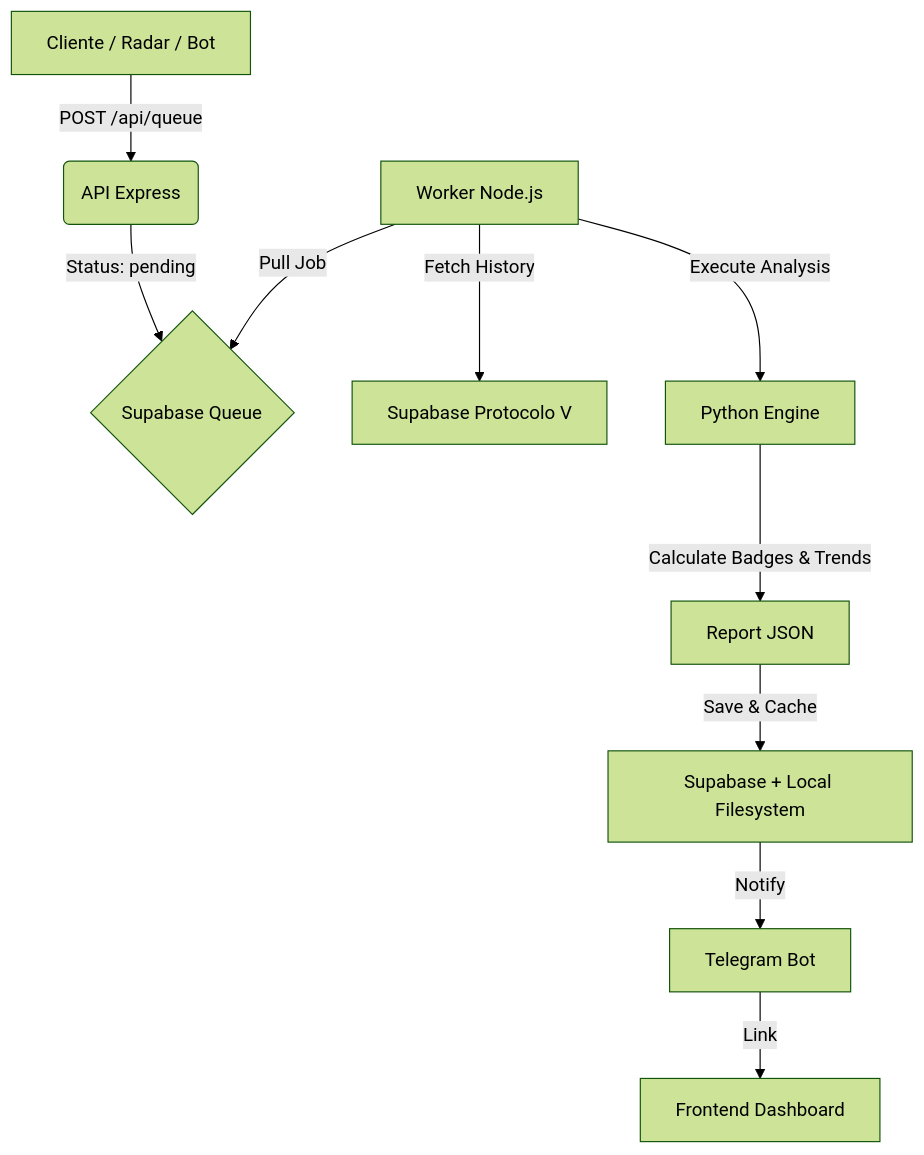
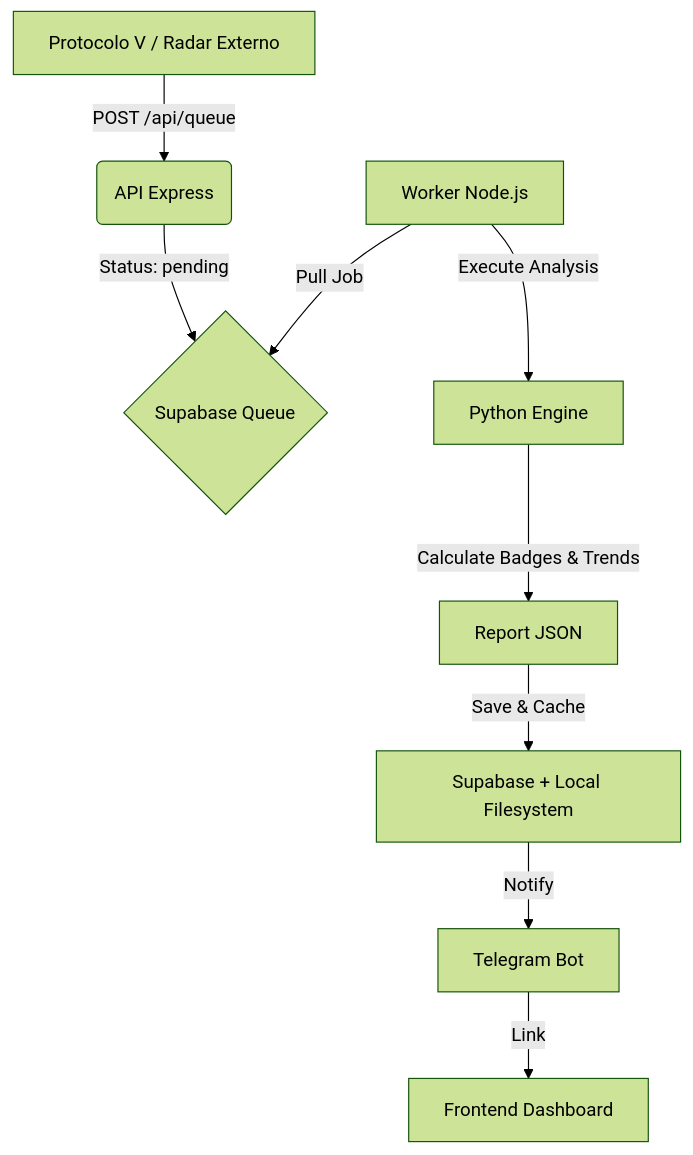
Before and after one commit to rodolphoborges/oraculo-v: the diagram in PROJECT_CONTEXT.md, drawn with Mermaid (forest theme). The commit also changed other lines of this file and 5 other files, not shown here.

Commit message:
refactor: Externalize match discovery by deprecating the internal radar script and updating documentation for a pure consumer architecture.

````diff
--- a/PROJECT_CONTEXT.md
+++ b/PROJECT_CONTEXT.md
@@ -30,12 +30,11 @@
 ```mermaid
 graph TD
-    A[Cliente / Radar / Bot] -- "POST /api/queue" --> B(API Express)
+    A[Protocolo V / Radar Externo] -- "POST /api/queue" --> B(API Express)
     B -- "Status: pending" --> C{Supabase Queue}
     D[Worker Node.js] -- "Pull Job" --> C
-    D -- "Fetch History" --> E[Supabase Protocolo V]
     D -- "Execute Analysis" --> F[Python Engine]
     F -- "Calculate Badges & Trends" --> G[Report JSON]
     G -- "Save & Cache" --> H[Supabase + Local Filesystem]
     H -- "Notify" --> I[Telegram Bot]
     I -- "Link" --> J[Frontend Dashboard]
 ```
````
